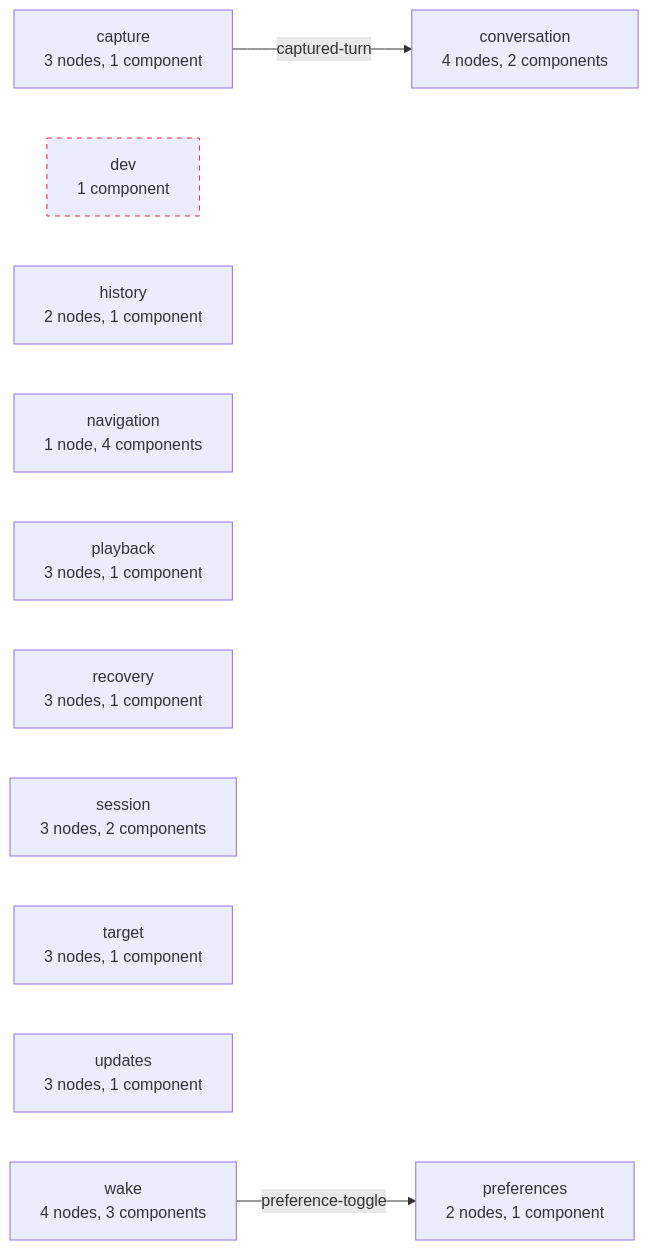
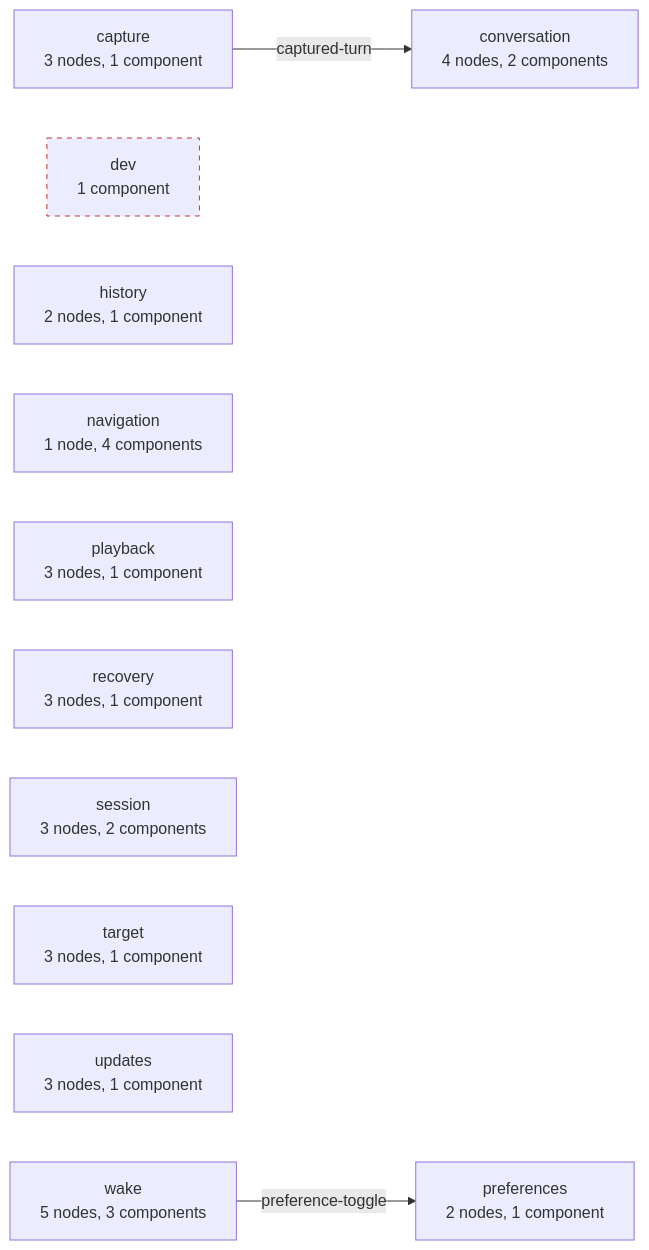
Before and after one commit to adelost/agentmux: the diagram in android/audio-inbox/product-spec/generated/link-product.domains.mmd, drawn with Mermaid. The commit also changed 26 other files, not shown here.

```diff
--- a/android/audio-inbox/product-spec/generated/link-product.domains.mmd
+++ b/android/audio-inbox/product-spec/generated/link-product.domains.mmd
@@ -1,24 +1,24 @@
 %% GENERATED FILE. DO NOT EDIT.
 %% GENERATED FROM product-spec/generated/link-product.json (port bindings) and
 %% product-spec/src/capabilities.ts (STATE_FEEDBACK rows, dashed).
 %% A dashed red domain has no port binding at all, not even inside itself: nothing
 %% reaches it and it reaches nothing. A domain wired only inside itself is an island
 %% and is drawn like any other; islands are modules, not debt. A dashed edge is
 %% state read or written without a port: the distance between the declared graph
 %% and the app.
 graph LR
   capture["capture<br/>3 nodes, 1 component"]
   conversation["conversation<br/>4 nodes, 2 components"]
   dev["dev<br/>1 component"]
   history["history<br/>2 nodes, 1 component"]
   navigation["navigation<br/>1 node, 4 components"]
   playback["playback<br/>3 nodes, 1 component"]
   preferences["preferences<br/>2 nodes, 1 component"]
   recovery["recovery<br/>3 nodes, 1 component"]
   session["session<br/>3 nodes, 2 components"]
   target["target<br/>3 nodes, 1 component"]
   updates["updates<br/>3 nodes, 1 component"]
-  wake["wake<br/>4 nodes, 3 components"]
+  wake["wake<br/>5 nodes, 3 components"]
   capture -->|"captured-turn"| conversation
   wake -->|"preference-toggle"| preferences
   style dev stroke-dasharray: 5 5,stroke:#c33
```
